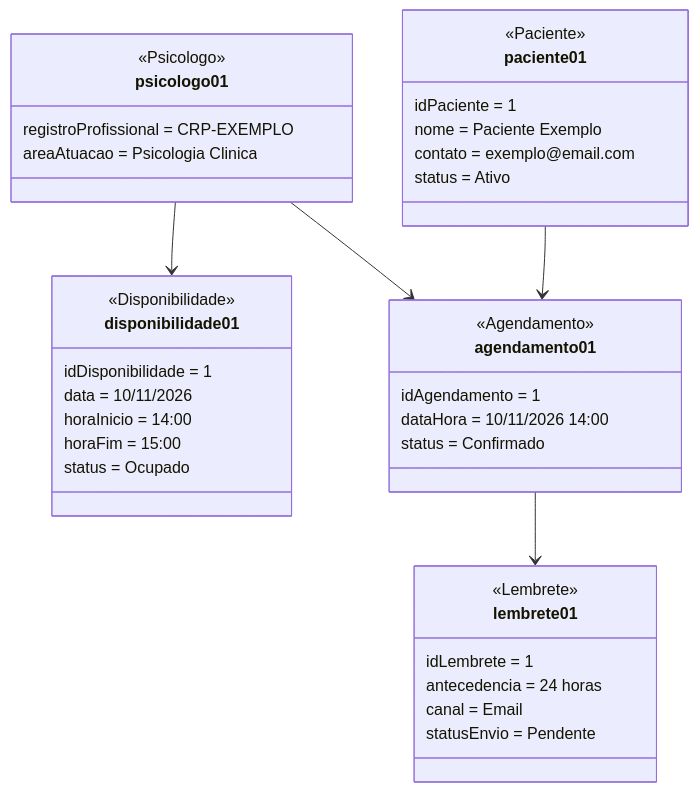
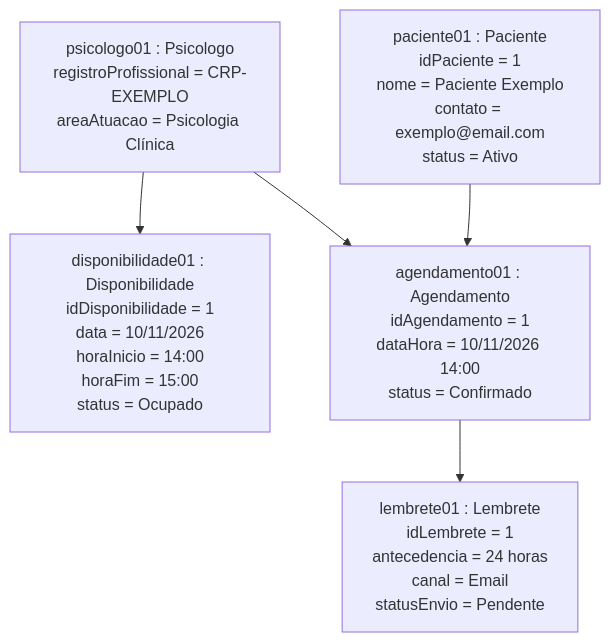
The fourth of 10 diagrams in README.md (Icaro230307/AV3-PsiConnect), drawn with Mermaid before and after one commit. The commit also changed other lines of this file, not shown here.

````diff
--- a/README.md
+++ b/README.md
@@ -193,45 +194,17 @@
 ```mermaid
-classDiagram
-    class psicologo01 {
-        <<Psicologo>>
-        registroProfissional = CRP-EXEMPLO
-        areaAtuacao = Psicologia Clinica
-    }
+flowchart TB
+    P["psicologo01 : Psicologo<br/>registroProfissional = CRP-EXEMPLO<br/>areaAtuacao = Psicologia Clínica"]
 
-    class paciente01 {
-        <<Paciente>>
-        idPaciente = 1
-        nome = Paciente Exemplo
-        contato = exemplo@email.com
-        status = Ativo
-    }
+    PAC["paciente01 : Paciente<br/>idPaciente = 1<br/>nome = Paciente Exemplo<br/>contato = exemplo@email.com<br/>status = Ativo"]
 
-    class disponibilidade01 {
-        <<Disponibilidade>>
-        idDisponibilidade = 1
-        data = 10/11/2026
-        horaInicio = 14:00
-        horaFim = 15:00
-        status = Ocupado
-    }
+    D["disponibilidade01 : Disponibilidade<br/>idDisponibilidade = 1<br/>data = 10/11/2026<br/>horaInicio = 14:00<br/>horaFim = 15:00<br/>status = Ocupado"]
 
-    class agendamento01 {
-        <<Agendamento>>
-        idAgendamento = 1
-        dataHora = 10/11/2026 14:00
-        status = Confirmado
-    }
+    A["agendamento01 : Agendamento<br/>idAgendamento = 1<br/>dataHora = 10/11/2026 14:00<br/>status = Confirmado"]
 
-    class lembrete01 {
-        <<Lembrete>>
-        idLembrete = 1
-        antecedencia = 24 horas
-        canal = Email
-        statusEnvio = Pendente
-    }
+    L["lembrete01 : Lembrete<br/>idLembrete = 1<br/>antecedencia = 24 horas<br/>canal = Email<br/>statusEnvio = Pendente"]
 
-    psicologo01 --> disponibilidade01
-    psicologo01 --> agendamento01
-    paciente01 --> agendamento01
-    agendamento01 --> lembrete01
+    P --> D
+    P --> A
+    PAC --> A
+    A --> L
 ```
````
